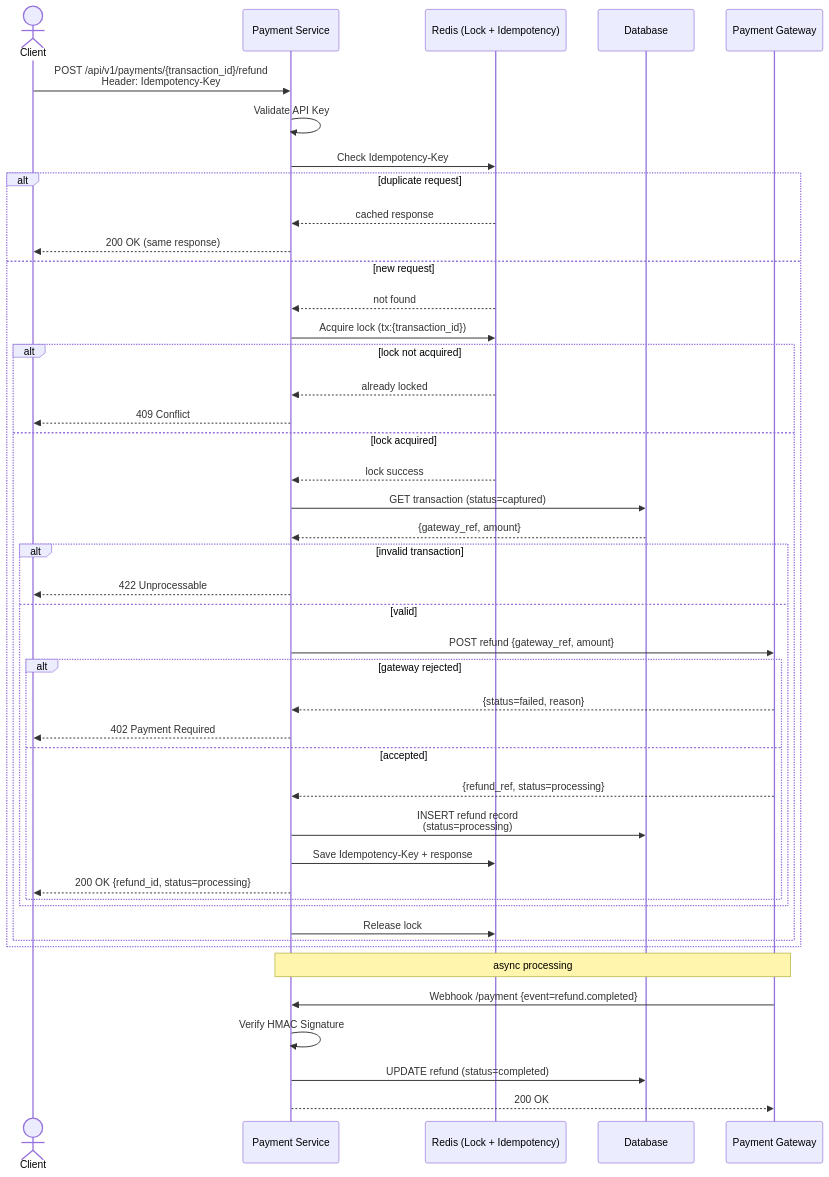
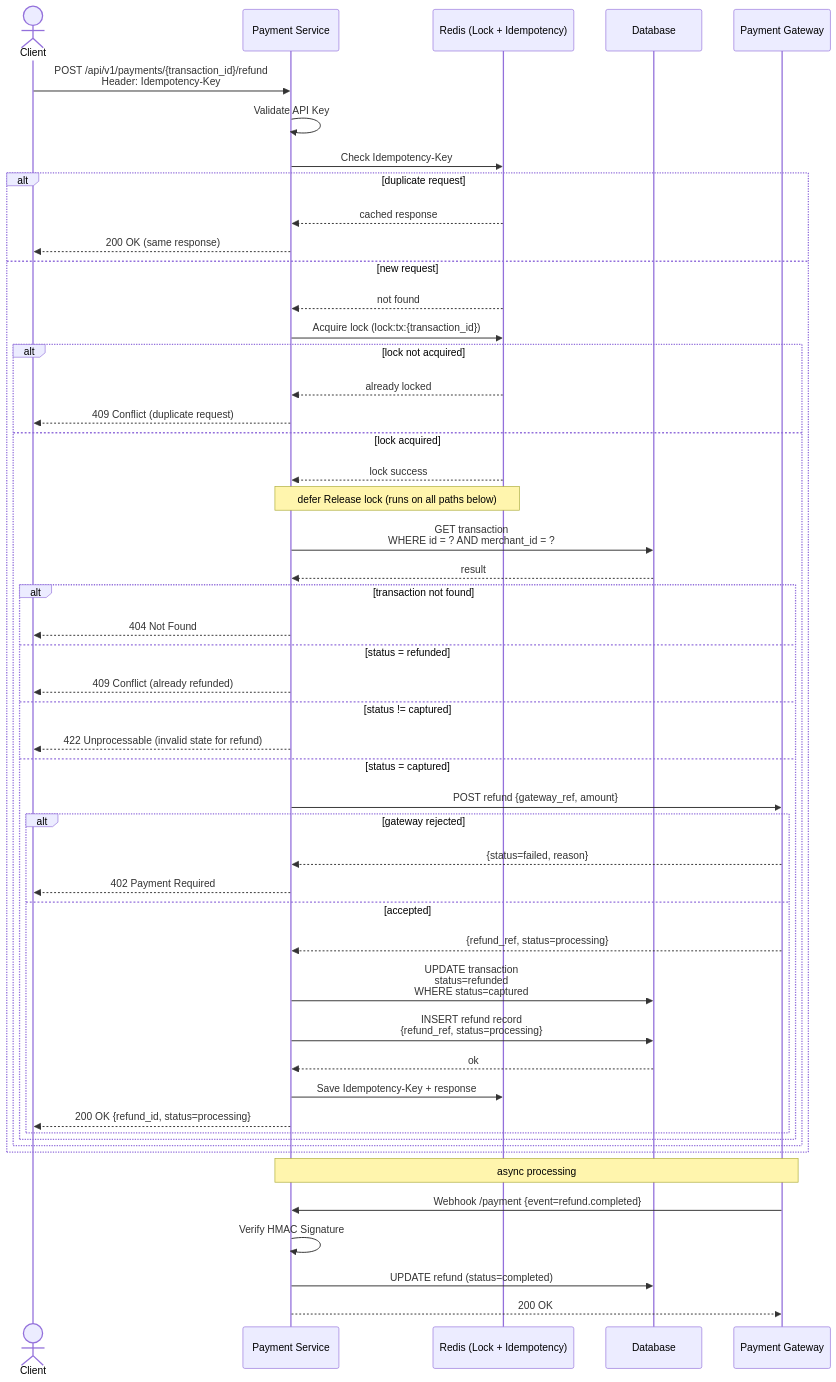
One commit to Noppawat3939/card-payment-service changed the sixth of 7 diagrams in readme.md. Above: the diagram before and after it, drawn with Mermaid. The commit also changed other lines of this file and 3 other files, not shown here.

````diff
--- a/readme.md
+++ b/readme.md
@@ -553,59 +568,65 @@
 ```mermaid
 sequenceDiagram
     actor C as Client
     participant S as Payment Service
     participant R as Redis (Lock + Idempotency)
     participant DB as Database
     participant GW as Payment Gateway
 
     C->>S: POST /api/v1/payments/{transaction_id}/refund<br/>Header: Idempotency-Key
     S->>S: Validate API Key
 
     S->>R: Check Idempotency-Key
 
     alt duplicate request
         R-->>S: cached response
         S-->>C: 200 OK (same response)
     else new request
         R-->>S: not found
 
-        S->>R: Acquire lock (tx:{transaction_id})
+        S->>R: Acquire lock (lock:tx:{transaction_id})
 
         alt lock not acquired
             R-->>S: already locked
-            S-->>C: 409 Conflict
+            S-->>C: 409 Conflict (duplicate request)
         else lock acquired
             R-->>S: lock success
+            Note over S,R: defer Release lock (runs on all paths below)
 
-            S->>DB: GET transaction (status=captured)
-            DB-->>S: {gateway_ref, amount}
+            S->>DB: GET transaction<br/>WHERE id = ? AND merchant_id = ?
+            DB-->>S: result
 
-            alt invalid transaction
-                S-->>C: 422 Unprocessable
-            else valid
+            alt transaction not found
+                S-->>C: 404 Not Found
+            else status = refunded
+                S-->>C: 409 Conflict (already refunded)
+            else status != captured
+                S-->>C: 422 Unprocessable (invalid state for refund)
+            else status = captured
                 S->>GW: POST refund {gateway_ref, amount}
 
                 alt gateway rejected
                     GW-->>S: {status=failed, reason}
                     S-->>C: 402 Payment Required
                 else accepted
                     GW-->>S: {refund_ref, status=processing}
 
-                    S->>DB: INSERT refund record<br/>(status=processing)
+                    S->>DB: UPDATE transaction<br/>status=refunded<br/>WHERE status=captured
+                    S->>DB: INSERT refund record<br/>{refund_ref, status=processing}
+                    DB-->>S: ok
+
                     S->>R: Save Idempotency-Key + response
 
                     S-->>C: 200 OK {refund_id, status=processing}
                 end
             end
-
-            S->>R: Release lock
         end
     end
 
     Note over S,GW: async processing
 
     GW->>S: Webhook /payment {event=refund.completed}
     S->>S: Verify HMAC Signature
     S->>DB: UPDATE refund (status=completed)
     S-->>GW: 200 OK
 ```
````
